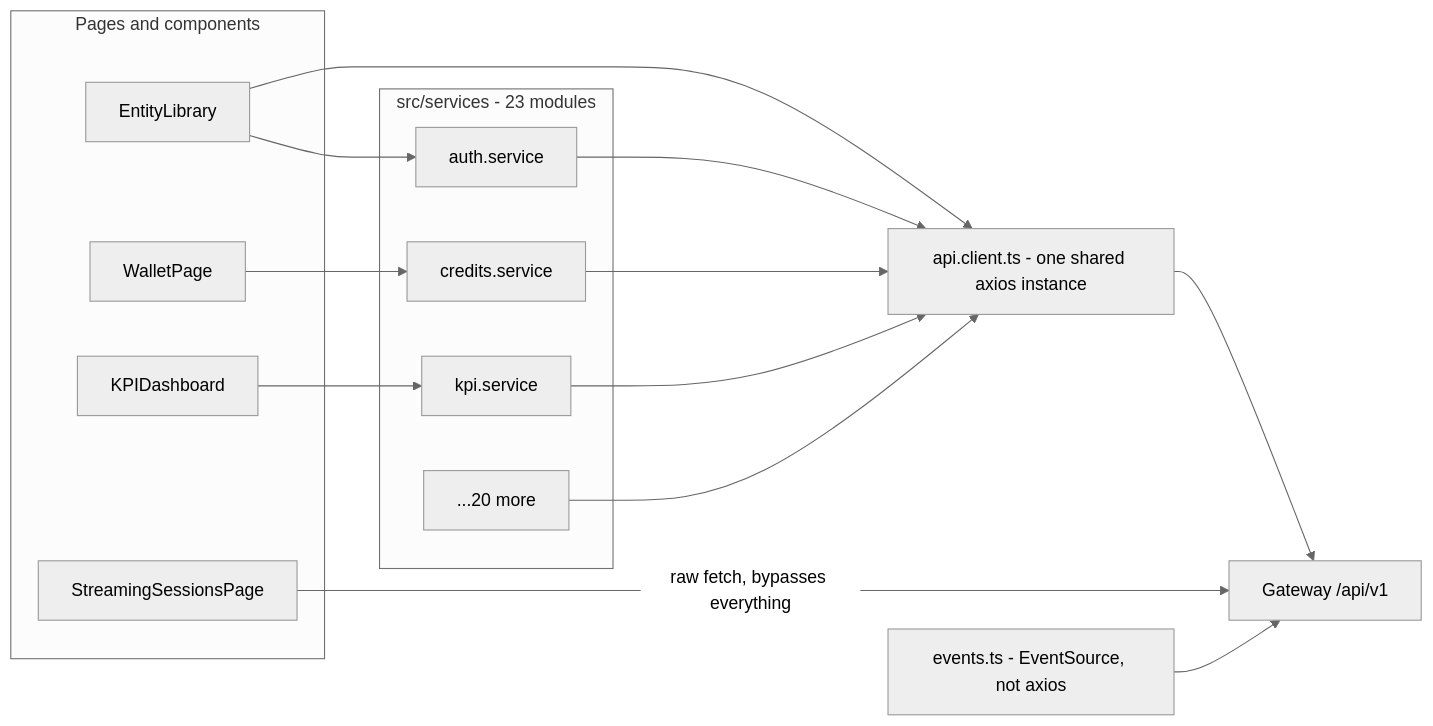
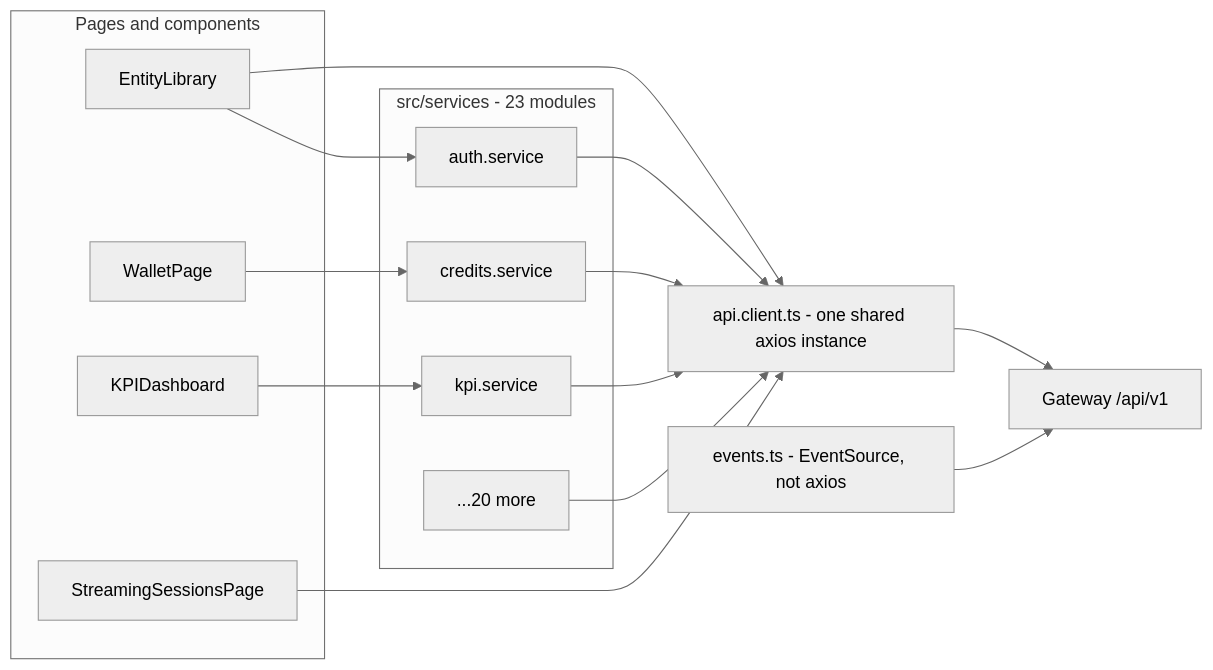
One commit to gondolerahul/hire-buddha-app changed the ninth of 26 diagrams in docs/current/16-frontend.md. Above: the diagram before and after it, drawn with Mermaid (neutral theme). The commit also changed other lines of this file and 13 other files, not shown here.

````diff
--- a/docs/current/16-frontend.md
+++ b/docs/current/16-frontend.md
@@ -653,30 +657,30 @@
 ```mermaid
 flowchart LR
     subgraph Pages["Pages and components"]
         P1["EntityLibrary"]
         P2["WalletPage"]
         P3["KPIDashboard"]
         P4["StreamingSessionsPage"]
     end
     subgraph Services["src/services - 23 modules"]
         S1["auth.service"]
         S2["credits.service"]
         S3["kpi.service"]
         S4["...20 more"]
     end
     AXI["api.client.ts - one shared axios instance"]
     EV["events.ts - EventSource, not axios"]
     GW["Gateway /api/v1"]
 
     P1 --> AXI
     P2 --> S2
     P3 --> S3
     P1 --> S1
     S1 --> AXI
     S2 --> AXI
     S3 --> AXI
     S4 --> AXI
     AXI --> GW
-    P4 -->|"raw fetch, bypasses everything"| GW
+    P4 --> AXI
     EV --> GW
 ```
````
